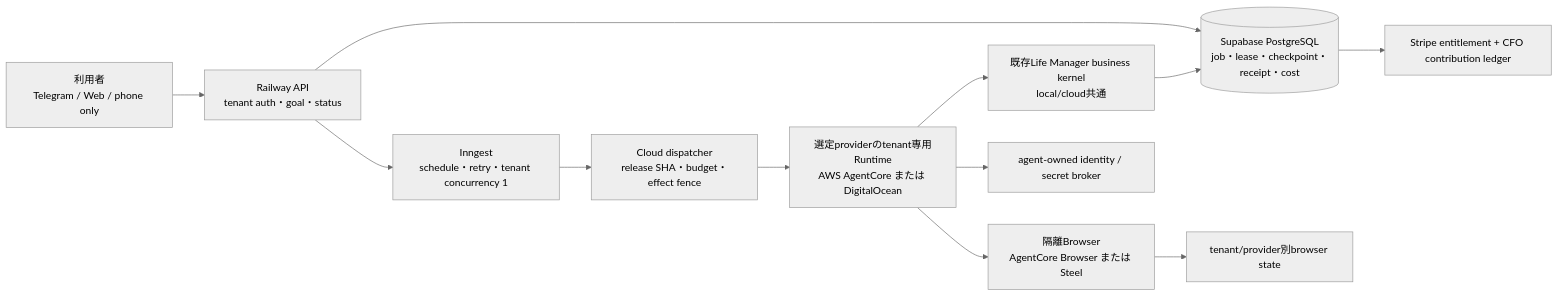
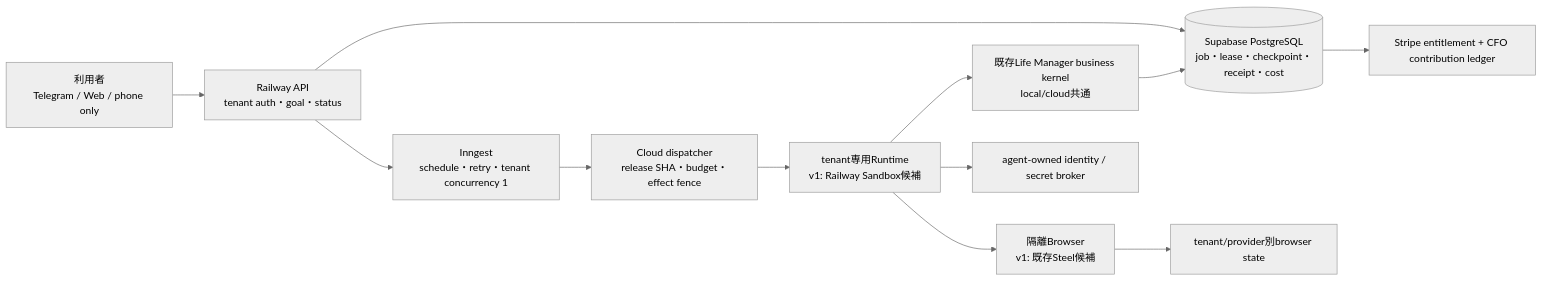
The first of 2 diagrams in docs/superpowers/specs/2026-09-28-life-manager-agentcore-cloud-design.md (Daisuke134/life-manager), drawn with Mermaid (neutral theme) before and after one commit. The commit also changed other lines of this file and 1 other file, not shown here.

````diff
--- a/docs/superpowers/specs/2026-09-28-life-manager-agentcore-cloud-design.md
+++ b/docs/superpowers/specs/2026-09-28-life-manager-agentcore-cloud-design.md
@@ -13,14 +13,14 @@
 ```mermaid
 flowchart LR
   U[利用者<br/>Telegram / Web / phone only] --> API[Railway API<br/>tenant auth・goal・status]
   API --> PG[(Supabase PostgreSQL<br/>job・lease・checkpoint・receipt・cost)]
   API --> Q[Inngest<br/>schedule・retry・tenant concurrency 1]
   Q --> D[Cloud dispatcher<br/>release SHA・budget・effect fence]
-  D --> R[選定providerのtenant専用Runtime<br/>AWS AgentCore または DigitalOcean]
+  D --> R[tenant専用Runtime<br/>v1: Railway Sandbox候補]
   R --> K[既存Life Manager business kernel<br/>local/cloud共通]
-  R --> B[隔離Browser<br/>AgentCore Browser または Steel]
+  R --> B[隔離Browser<br/>v1: 既存Steel候補]
   B --> BP[tenant/provider別browser state]
   R --> ID[agent-owned identity / secret broker]
   K --> PG
   PG --> BILL[Stripe entitlement + CFO contribution ledger]
 ```
````
